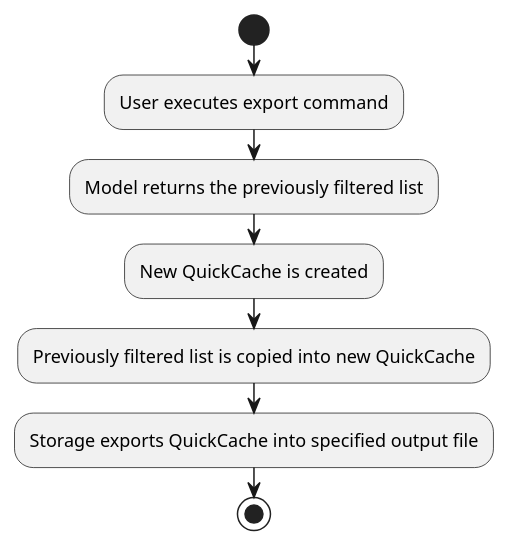
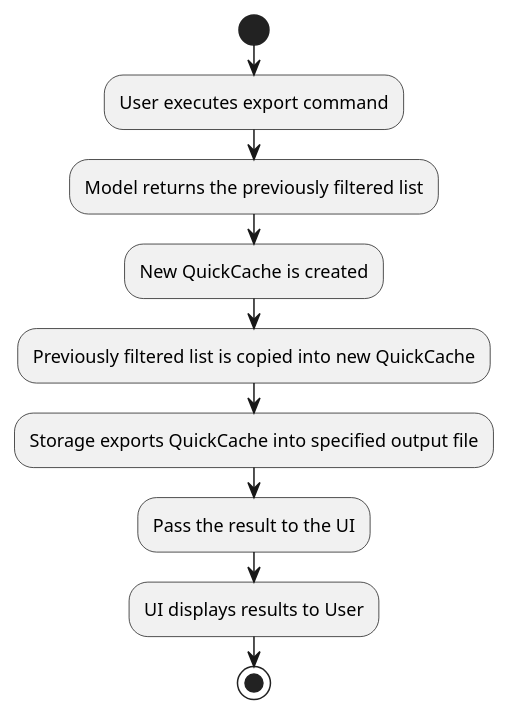
The diagram in docs/diagrams/ExportActivityDiagram.puml (nus-cs2103-AY2021S1/tp), drawn with PlantUML before and after one commit. The commit also changed 17 other files, not shown here.

Commit message:
Add additional details to the diagram Add details about passing the result/exceptions to the UI to make things clearer.

```diff
--- a/docs/diagrams/ExportActivityDiagram.puml
+++ b/docs/diagrams/ExportActivityDiagram.puml
@@ -1,9 +1,11 @@
 @startuml
 start
 :User executes export command;
 :Model returns the previously filtered list;
 :New QuickCache is created;
 :Previously filtered list is copied into new QuickCache;
 :Storage exports QuickCache into specified output file;
+:Pass the result to the UI;
+:UI displays results to User;
 stop
 @enduml
```
